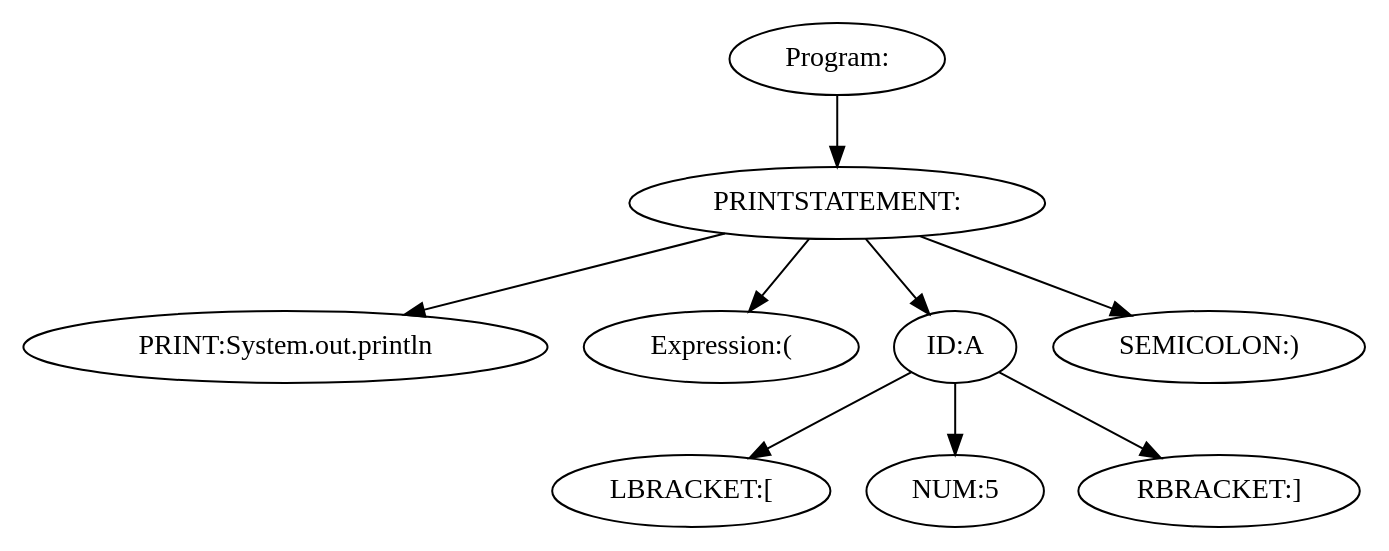
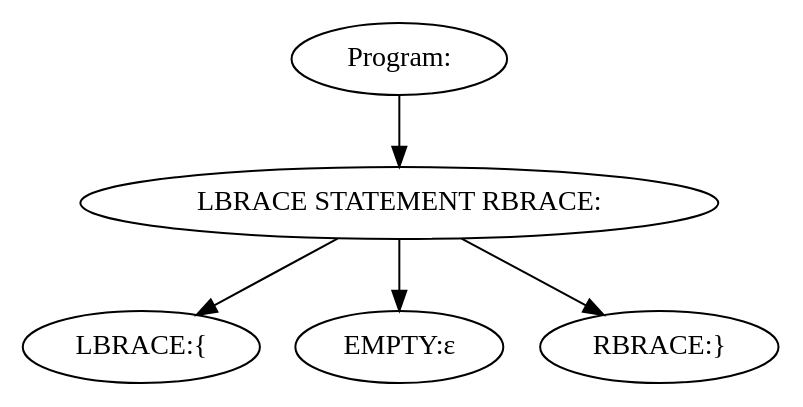
Before and after one commit to JakobAdamsson/Compiler-and-translation-technique: the diagram in assignment1/assignment/tree.dot, drawn with Graphviz. The commit also changed 7 other files, not shown here.

```diff
--- a/assignment1/assignment/tree.dot
+++ b/assignment1/assignment/tree.dot
@@ -1,19 +1,11 @@
 digraph {
 n0 [label="Program:"];
-n1 [label="PRINTSTATEMENT:"];
-n2 [label="PRINT:System.out.println"];
+n1 [label="LBRACE STATEMENT RBRACE:"];
+n2 [label="LBRACE:{"];
 n1 -> n2
-n3 [label="Expression:("];
+n3 [label="EMPTY:ɛ"];
 n1 -> n3
-n4 [label="ID:A"];
-n5 [label="LBRACKET:["];
-n4 -> n5
-n6 [label="NUM:5"];
-n4 -> n6
-n7 [label="RBRACKET:]"];
-n4 -> n7
+n4 [label="RBRACE:}"];
 n1 -> n4
-n8 [label="SEMICOLON:)"];
-n1 -> n8
 n0 -> n1
 }
```
